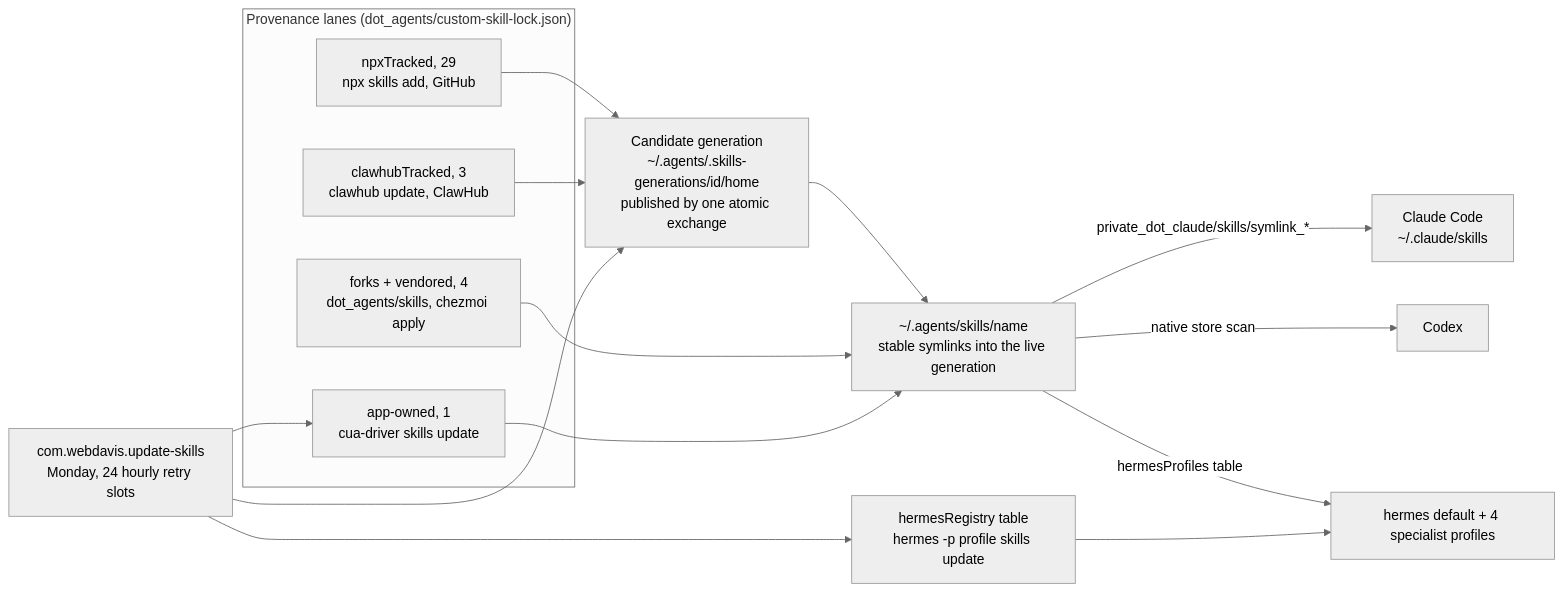
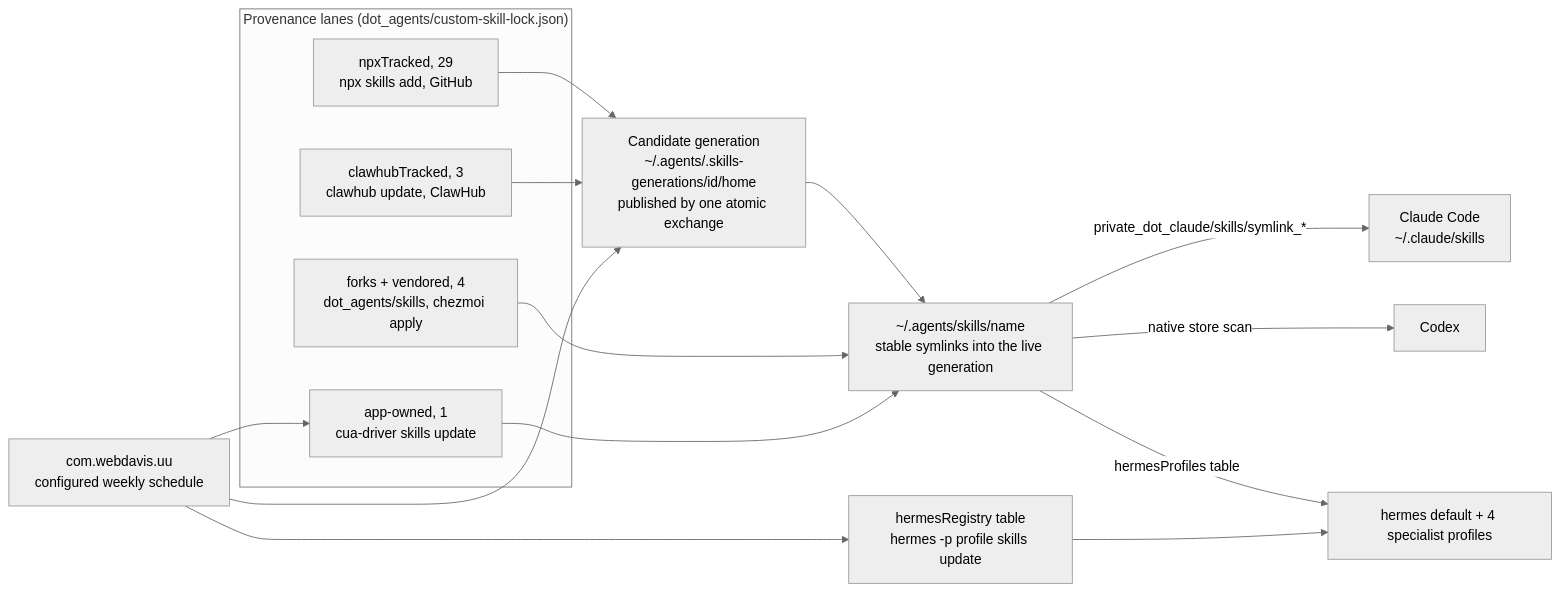
The diagram in docs/runbooks/agent-skills-store.md (webdavis/dotfiles), drawn with Mermaid (neutral theme) before and after one commit. The commit also changed other lines of this file and 33 other files, not shown here.

Commit message:
feat(uu): activate weekly skills and additive bootstrap

````diff
--- a/docs/runbooks/agent-skills-store.md
+++ b/docs/runbooks/agent-skills-store.md
@@ -14,23 +13,23 @@
 ```mermaid
 flowchart LR
   subgraph provenance["Provenance lanes (dot_agents/custom-skill-lock.json)"]
     NPX["npxTracked, 29<br/>npx skills add, GitHub"]
     CLAW["clawhubTracked, 3<br/>clawhub update, ClawHub"]
     VEND["forks + vendored, 4<br/>dot_agents/skills, chezmoi apply"]
     APP["app-owned, 1<br/>cua-driver skills update"]
   end
   NPX --> GEN
   CLAW --> GEN
   GEN["Candidate generation<br/>~/.agents/.skills-generations/id/home<br/>published by one atomic exchange"]
   GEN --> STORE
   VEND --> STORE
   APP --> STORE
   STORE["~/.agents/skills/name<br/>stable symlinks into the live generation"]
   STORE -->|"private_dot_claude/skills/symlink_*"| CC["Claude Code<br/>~/.claude/skills"]
   STORE -->|"native store scan"| CODEX["Codex"]
   STORE -->|"hermesProfiles table"| HERMES["hermes default + 4 specialist profiles"]
   HUB["hermesRegistry table<br/>hermes -p profile skills update"] --> HERMES
-  WEEK["com.webdavis.update-skills<br/>Monday, 24 hourly retry slots"] --> GEN
+  WEEK["com.webdavis.uu<br/>configured weekly schedule"] --> GEN
   WEEK --> HUB
   WEEK --> APP
 ```
````
